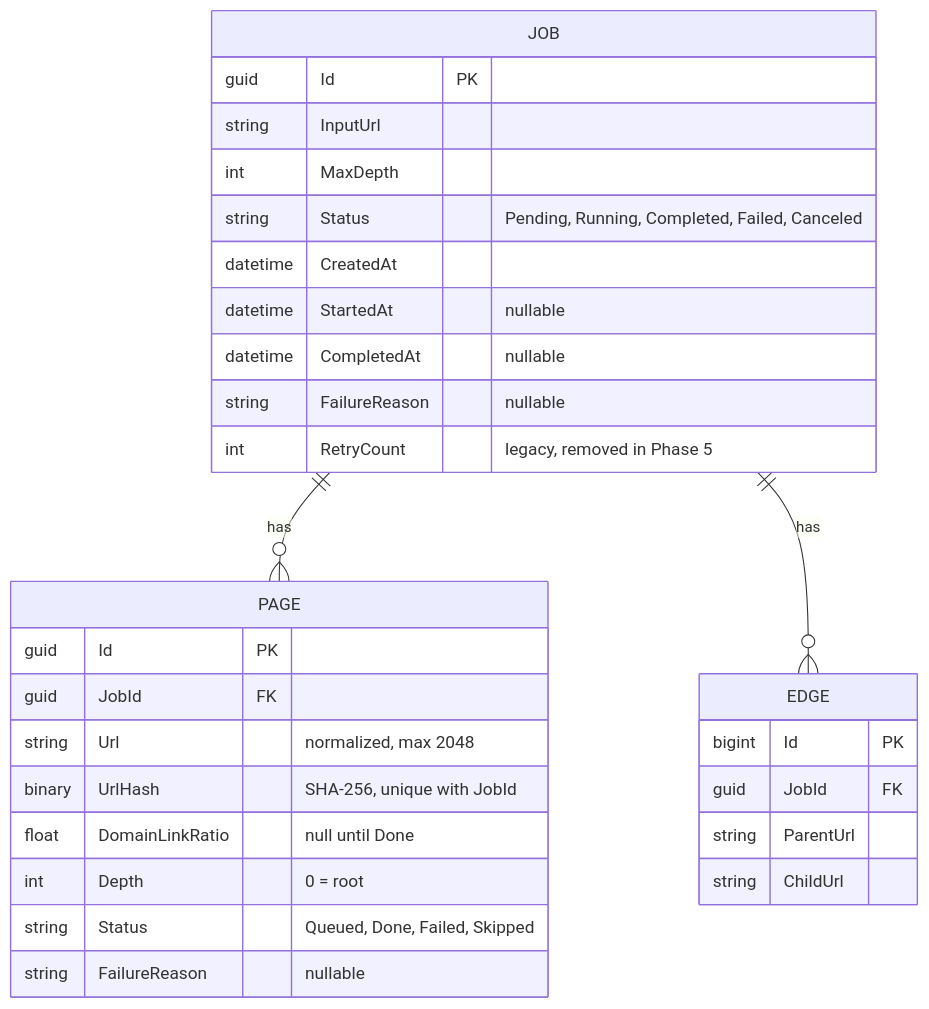
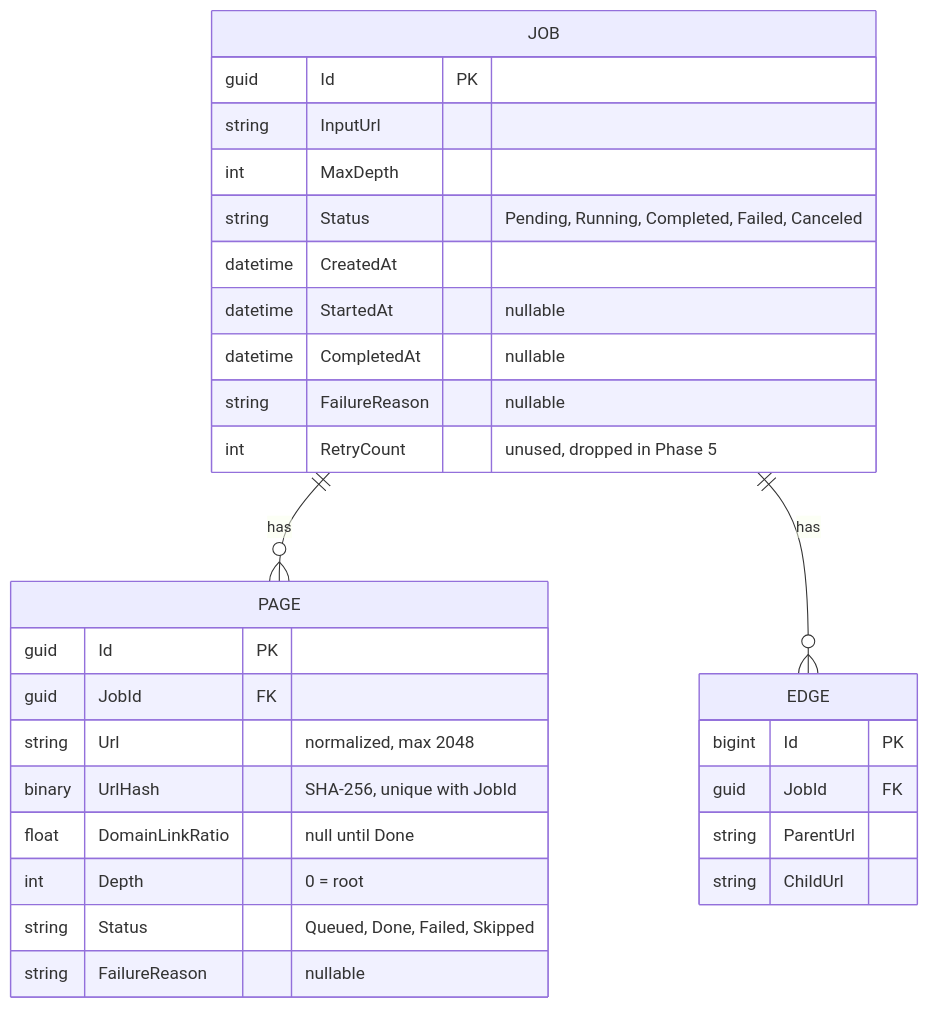
One commit to Darkanath/ha-alteva-web-crawl changed the fifth of 5 diagrams in dev_content/architecture_notes.md. Above: the diagram before and after it, drawn with Mermaid. The commit also changed other lines of this file and 20 other files, not shown here.

````diff
--- a/dev_content/architecture_notes.md
+++ b/dev_content/architecture_notes.md
@@ -181,32 +182,32 @@
 ```mermaid
 erDiagram
     JOB ||--o{ PAGE : "has"
     JOB ||--o{ EDGE : "has"
     JOB {
         guid Id PK
         string InputUrl
         int MaxDepth
         string Status "Pending, Running, Completed, Failed, Canceled"
         datetime CreatedAt
         datetime StartedAt "nullable"
         datetime CompletedAt "nullable"
         string FailureReason "nullable"
-        int RetryCount "legacy, removed in Phase 5"
+        int RetryCount "unused, dropped in Phase 5"
     }
     PAGE {
         guid Id PK
         guid JobId FK
         string Url "normalized, max 2048"
         binary UrlHash "SHA-256, unique with JobId"
         float DomainLinkRatio "null until Done"
         int Depth "0 = root"
         string Status "Queued, Done, Failed, Skipped"
         string FailureReason "nullable"
     }
     EDGE {
         bigint Id PK
         guid JobId FK
         string ParentUrl
         string ChildUrl
     }
 ```
````
